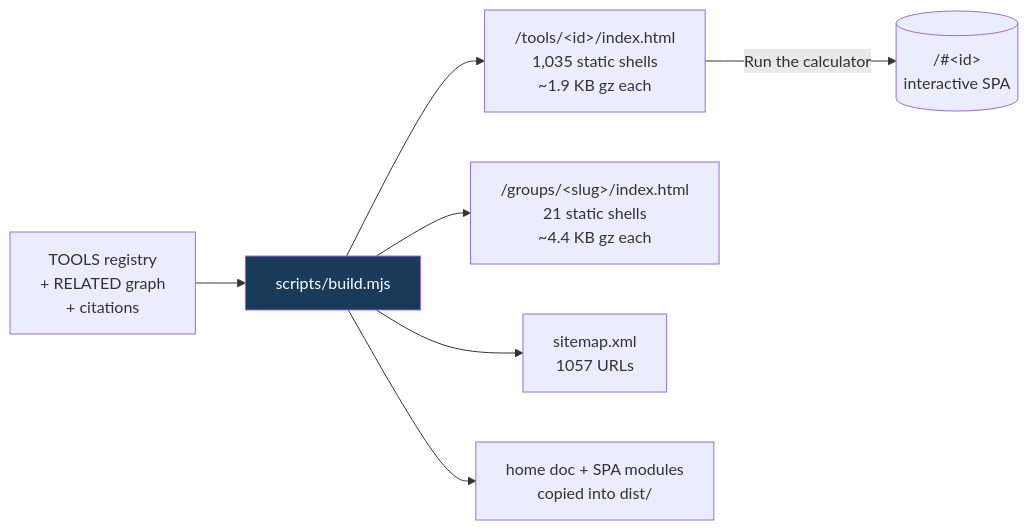
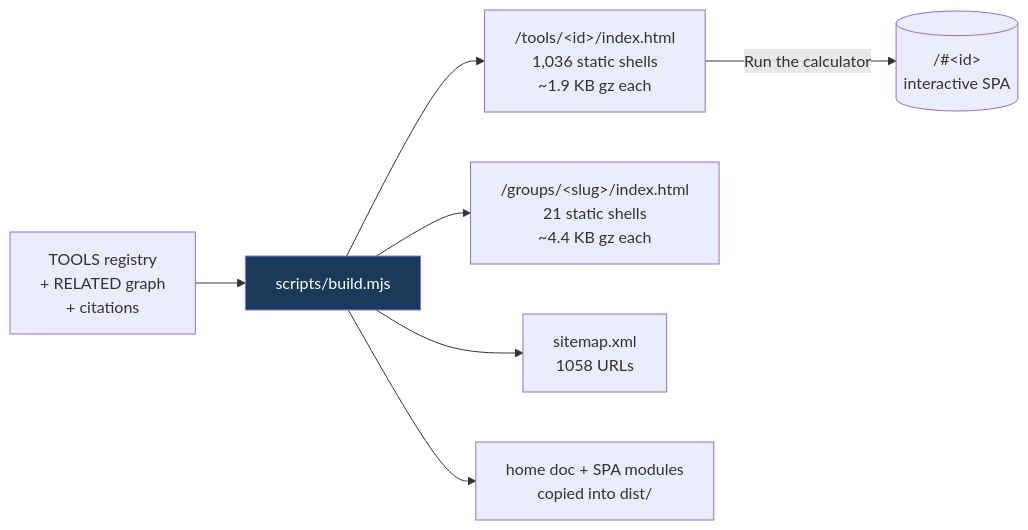
One commit to clay-good/roughlogic.com changed the fifth of 8 diagrams in README.md. Above: the diagram before and after it, drawn with Mermaid. The commit also changed other lines of this file and 12 other files, not shown here.

````diff
--- a/README.md
+++ b/README.md
@@ -495,10 +495,10 @@
 ```mermaid
 flowchart LR
     SRC[TOOLS registry\n+ RELATED graph\n+ citations] --> BUILD[scripts/build.mjs]
-    BUILD --> TILE["/tools/&lt;id&gt;/index.html\n1,035 static shells\n~1.9 KB gz each"]
+    BUILD --> TILE["/tools/&lt;id&gt;/index.html\n1,036 static shells\n~1.9 KB gz each"]
     BUILD --> GROUP["/groups/&lt;slug&gt;/index.html\n21 static shells\n~4.4 KB gz each"]
-    BUILD --> MAP["sitemap.xml\n1057 URLs"]
+    BUILD --> MAP["sitemap.xml\n1058 URLs"]
     BUILD --> COPY[home doc + SPA modules\ncopied into dist/]
     TILE -->|Run the calculator| SPA[("/#&lt;id&gt;\ninteractive SPA")]
     style BUILD fill:#1a3a5a,color:#fff
 ```
````
